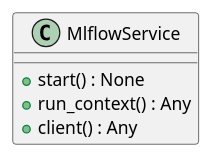
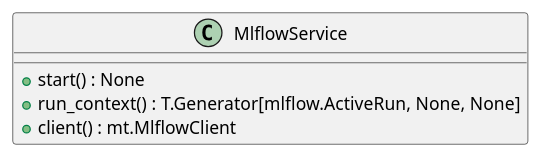
Before and after one commit to lgcorzo/llmops-python-package: the first of 6 diagrams in openwiki/modules/src/autogen_team/infrastructure/services/mlflow_service.md, drawn with PlantUML. The commit also changed other lines of this file and 155 other files, not shown here.

````diff
--- a/openwiki/modules/src/autogen_team/infrastructure/services/mlflow_service.md
+++ b/openwiki/modules/src/autogen_team/infrastructure/services/mlflow_service.md
@@ -60,9 +69,9 @@
 ```plantuml
 @startuml
     class MlflowService {
         +start() : None
-        +run_context() : Any
-        +client() : Any
+        +run_context() : T.Generator[mlflow.ActiveRun, None, None]
+        +client() : mt.MlflowClient
     }
 @enduml
 ```
````
